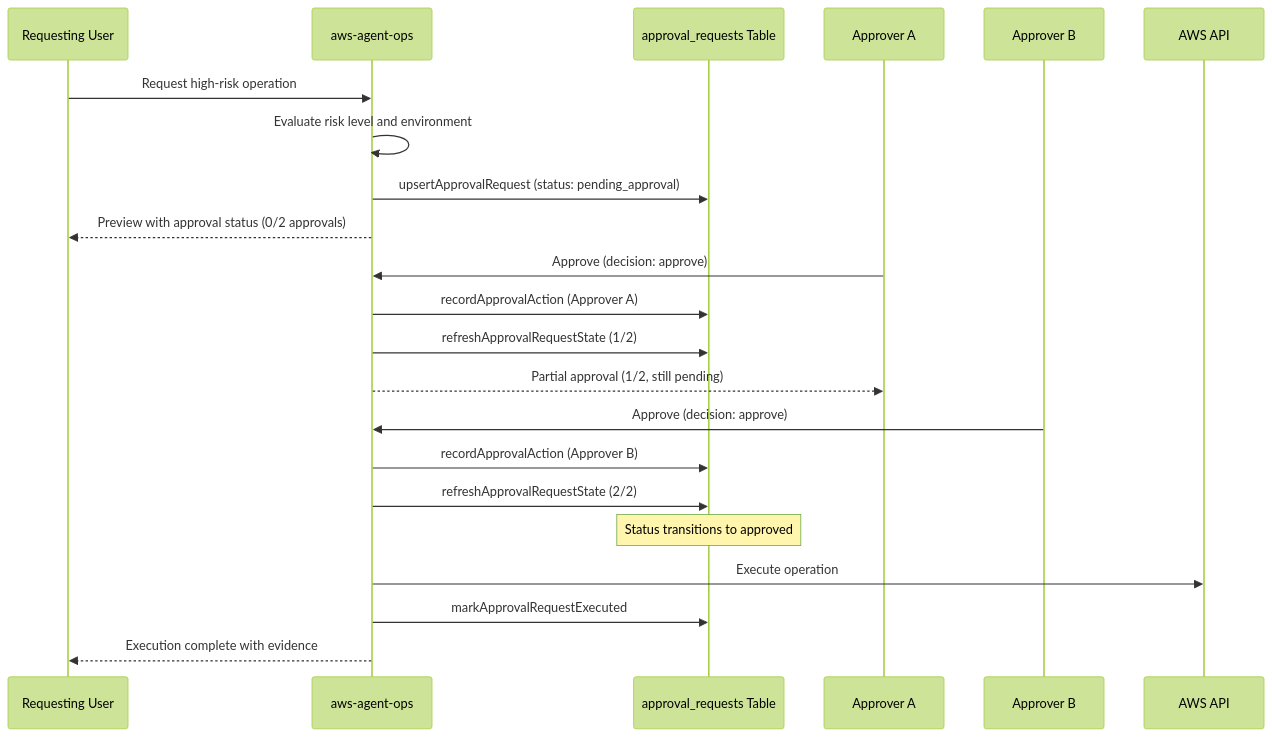
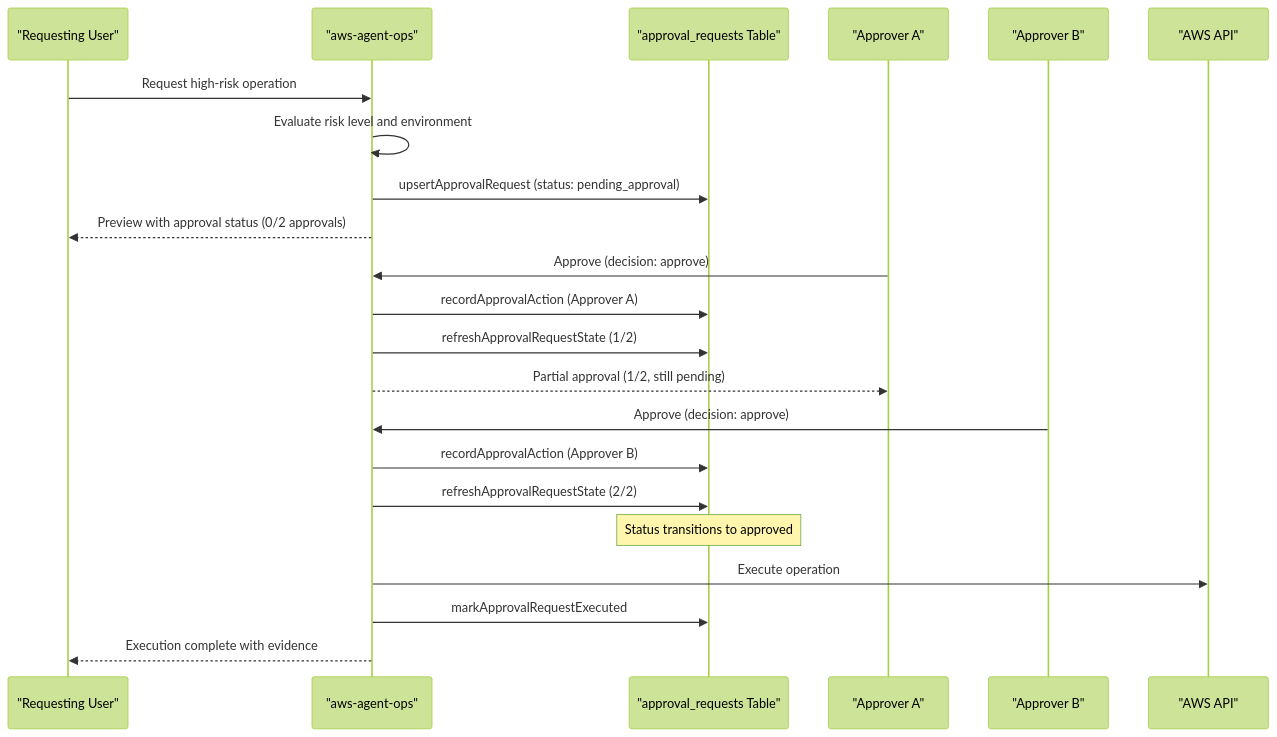
Diagram 23 of 35 in TECHNICAL_DOCUMENTATION.md (ritvikindupuri/CloudPilot-AI---AWS-Security-Agent), drawn with Mermaid (forest theme) before and after one commit. The commit also changed other lines of this file, not shown here.

Commit message:
fix: enclose all sequence diagram participant aliases in quotes to fix GitHub Mermaid rendering

````diff
--- a/TECHNICAL_DOCUMENTATION.md
+++ b/TECHNICAL_DOCUMENTATION.md
@@ -1989,27 +1989,27 @@
 ```mermaid
 sequenceDiagram
-    participant User as Requesting User
-    participant Agent as aws-agent-ops
-    participant DB as approval_requests Table
-    participant Approver1 as Approver A
-    participant Approver2 as Approver B
-    participant AWS as AWS API
+    participant User as "Requesting User"
+    participant Agent as "aws-agent-ops"
+    participant DB as "approval_requests Table"
+    participant Approver1 as "Approver A"
+    participant Approver2 as "Approver B"
+    participant AWS as "AWS API"
 
     User->>Agent: Request high-risk operation
     Agent->>Agent: Evaluate risk level and environment
     Agent->>DB: upsertApprovalRequest (status: pending_approval)
     Agent-->>User: Preview with approval status (0/2 approvals)
     
     Approver1->>Agent: Approve (decision: approve)
     Agent->>DB: recordApprovalAction (Approver A)
     Agent->>DB: refreshApprovalRequestState (1/2)
     Agent-->>Approver1: Partial approval (1/2, still pending)
     
     Approver2->>Agent: Approve (decision: approve)
     Agent->>DB: recordApprovalAction (Approver B)
     Agent->>DB: refreshApprovalRequestState (2/2)
     Note over DB: Status transitions to approved
     Agent->>AWS: Execute operation
     Agent->>DB: markApprovalRequestExecuted
     Agent-->>User: Execution complete with evidence
 ```
````
